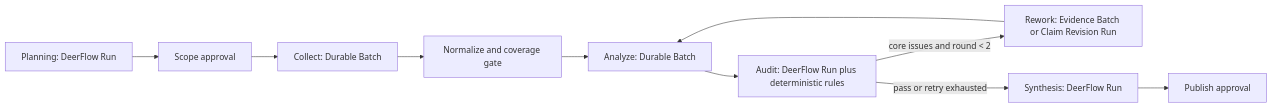
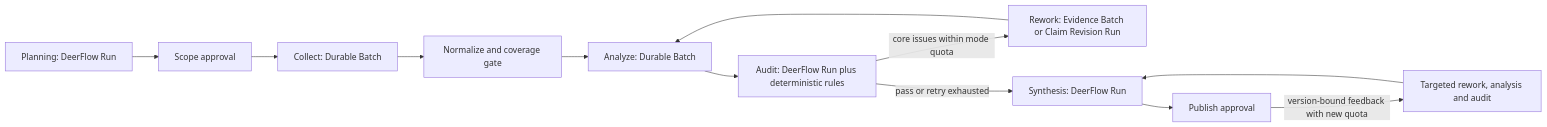
Before and after one commit to ourhome-macro/agent-investigator: the diagram in docs/COMPETITIVE_RESEARCH_MULTI_AGENT_ORCHESTRATION.md, drawn with Mermaid. The commit also changed other lines of this file and 32 other files, not shown here.

Commit message:
feat: 增加决策视角、对比视图与版本化批注补研

````diff
--- a/docs/COMPETITIVE_RESEARCH_MULTI_AGENT_ORCHESTRATION.md
+++ b/docs/COMPETITIVE_RESEARCH_MULTI_AGENT_ORCHESTRATION.md
@@ -9,12 +9,14 @@
 ```mermaid
 flowchart LR
     A["Planning: DeerFlow Run"] --> B["Scope approval"]
     B --> C["Collect: Durable Batch"]
     C --> D["Normalize and coverage gate"]
     D --> E["Analyze: Durable Batch"]
     E --> F["Audit: DeerFlow Run plus deterministic rules"]
-    F -->|"core issues and round < 2"| G["Rework: Evidence Batch or Claim Revision Run"]
+    F -->|"core issues within mode quota"| G["Rework: Evidence Batch or Claim Revision Run"]
     G --> E
     F -->|"pass or retry exhausted"| H["Synthesis: DeerFlow Run"]
     H --> I["Publish approval"]
+    I -->|"version-bound feedback with new quota"| J["Targeted rework, analysis and audit"]
+    J --> H
 ```
````
